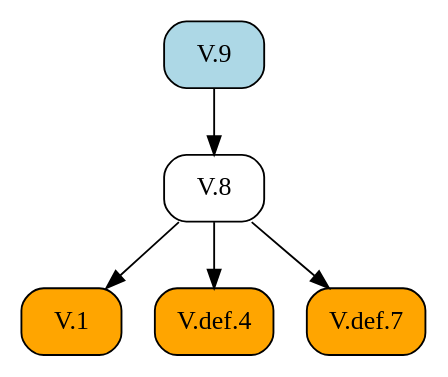
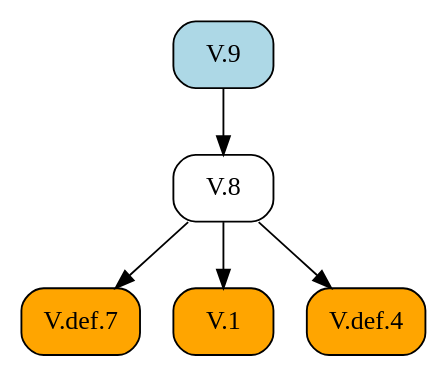
One commit to geometor/elements changed the diagram in docsrc/heath/V/9/index.rst. Above: the diagram before and after it, drawn with Graphviz. The commit also changed other lines of this file and 1029 other files, not shown here.

```diff
--- a/docsrc/heath/V/9/index.rst
+++ b/docsrc/heath/V/9/index.rst
@@ -44,15 +44,15 @@
 .. graphviz::
 
    digraph {
      rankdir="TB";
      node [shape=box, style=rounded];
+     "V.8" [URL="/heath/V/8/", target="_top"];
+     "V.def.7" [style="rounded,filled", fillcolor=orange, URL="/heath/V/def.7/", target="_top"];
      "V.1" [style="rounded,filled", fillcolor=orange, URL="/heath/V/1/", target="_top"];
      "V.def.4" [style="rounded,filled", fillcolor=orange, URL="/heath/V/def.4/", target="_top"];
-     "V.def.7" [style="rounded,filled", fillcolor=orange, URL="/heath/V/def.7/", target="_top"];
-     "V.8" [URL="/heath/V/8/", target="_top"];
      "V.9" [style="rounded,filled", fillcolor=lightblue, URL="/heath/V/9/", target="_top"];
+     "V.9" -> "V.8";
+     "V.8" -> "V.def.7";
      "V.8" -> "V.1";
      "V.8" -> "V.def.4";
-     "V.8" -> "V.def.7";
-     "V.9" -> "V.8";
    }
```
